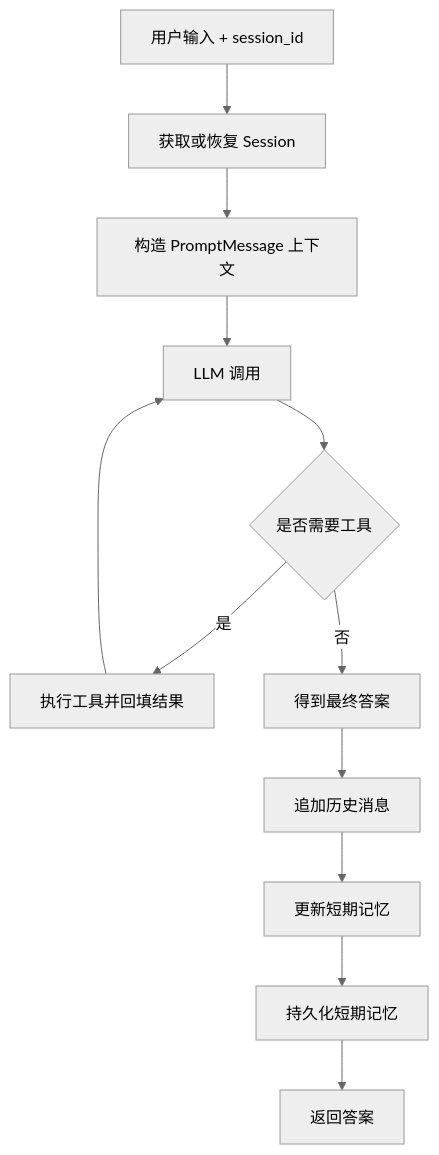
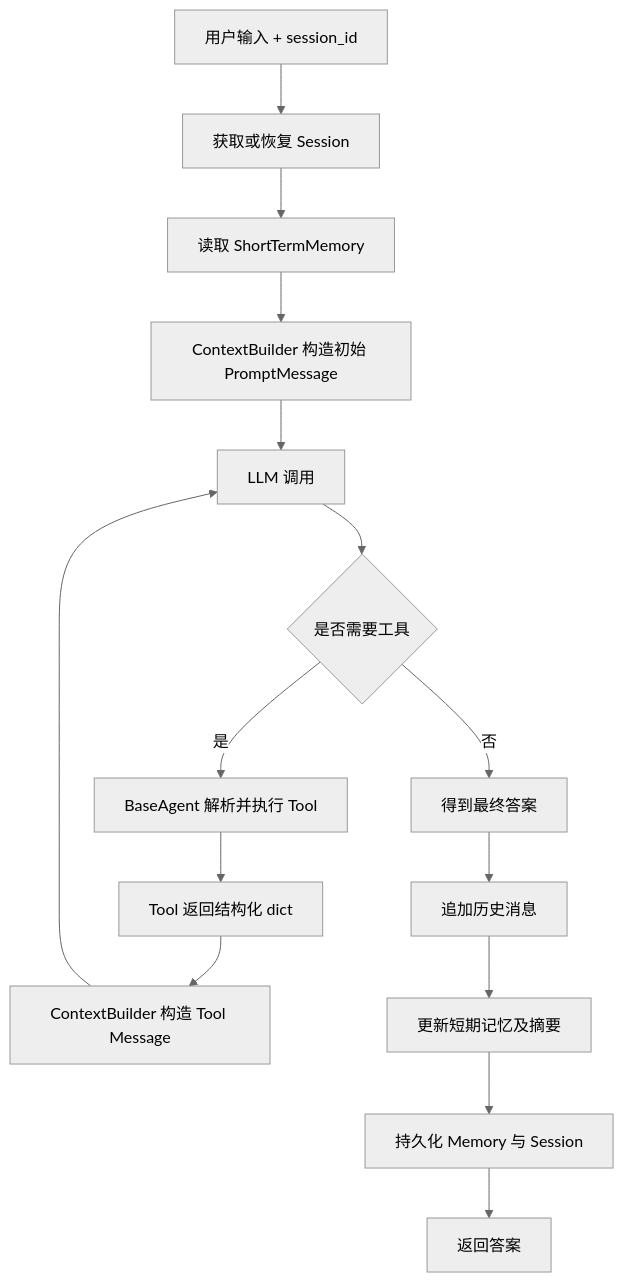
The first of 2 diagrams in README.md (clbmdjq-byte/agent-learning), drawn with Mermaid (neutral theme) before and after one commit. The commit also changed other lines of this file and 30 other files, not shown here.

Commit message:
refactor: unify context and memory message flow

````diff
--- a/README.md
+++ b/README.md
@@ -60,14 +69,17 @@
 ```mermaid
 flowchart TD
     A[用户输入 + session_id] --> B[获取或恢复 Session]
-    B --> C[构造 PromptMessage 上下文]
-    C --> D[LLM 调用]
-    D --> E{是否需要工具}
-    E -- 是 --> F[执行工具并回填结果]
-    F --> D
-    E -- 否 --> G[得到最终答案]
-    G --> H[追加历史消息]
-    H --> I[更新短期记忆]
-    I --> J[持久化短期记忆]
-    J --> K[返回答案]
+    B --> C[读取 ShortTermMemory]
+    C --> D[ContextBuilder 构造初始 PromptMessage]
+    D --> E[LLM 调用]
+    E --> F{是否需要工具}
+    F -- 是 --> G[BaseAgent 解析并执行 Tool]
+    G --> H[Tool 返回结构化 dict]
+    H --> I[ContextBuilder 构造 Tool Message]
+    I --> E
+    F -- 否 --> J[得到最终答案]
+    J --> K[追加历史消息]
+    K --> L[更新短期记忆及摘要]
+    L --> M[持久化 Memory 与 Session]
+    M --> N[返回答案]
 ```
````
